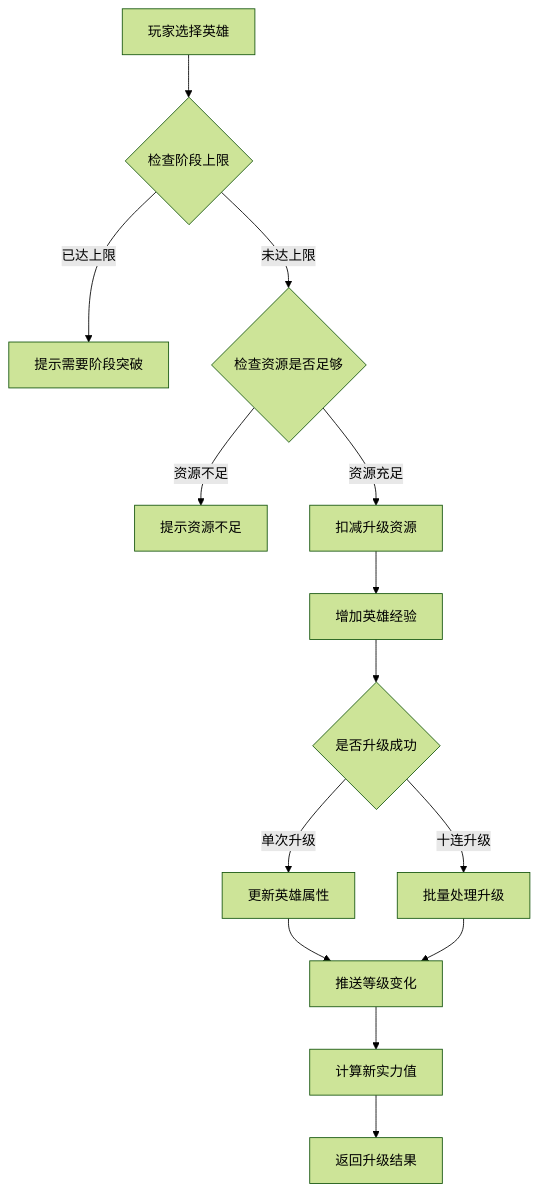
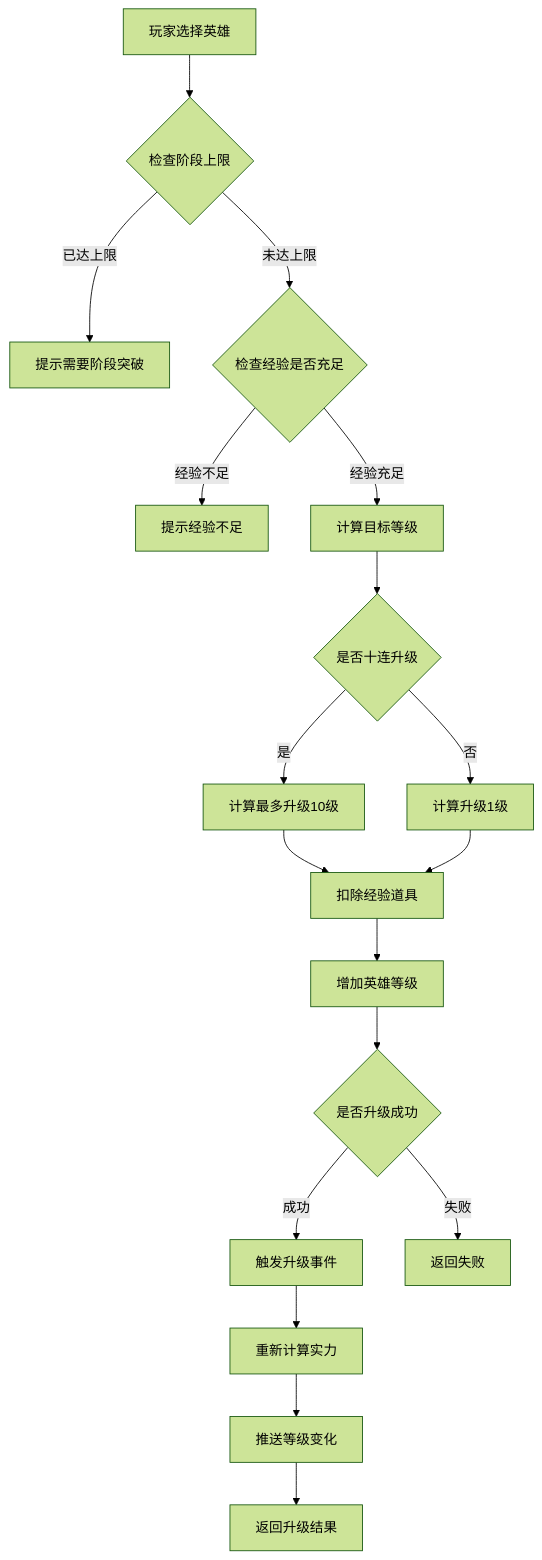
One commit to Alan-Ben/k2c_game_framework changed the second of 7 diagrams in docs/Module_Hero/05_完整说明.md. Above: the diagram before and after it, drawn with Mermaid (forest theme). The commit also changed other lines of this file and 75 other files, not shown here.

````diff
--- a/docs/Module_Hero/05_完整说明.md
+++ b/docs/Module_Hero/05_完整说明.md
@@ -84,16 +155,20 @@
 ```mermaid
 flowchart TD
     A[玩家选择英雄] --> B{检查阶段上限}
     B -->|已达上限| C[提示需要阶段突破]
-    B -->|未达上限| D{检查资源是否足够}
-    D -->|资源不足| E[提示资源不足]
-    D -->|资源充足| F[扣减升级资源]
-    F --> G[增加英雄经验]
-    G --> H{是否升级成功}
-    H -->|单次升级| I[更新英雄属性]
-    H -->|十连升级| J[批量处理升级]
-    I --> K[推送等级变化]
-    J --> K
-    K --> L[计算新实力值]
-    L --> M[返回升级结果]
+    B -->|未达上限| D{检查经验是否充足}
+    D -->|经验不足| E[提示经验不足]
+    D -->|经验充足| F[计算目标等级]
+    F --> G{是否十连升级}
+    G -->|是| H[计算最多升级10级]
+    G -->|否| I[计算升级1级]
+    H --> J[扣除经验道具]
+    I --> J
+    J --> K[增加英雄等级]
+    K --> L{是否升级成功}
+    L -->|成功| M[触发升级事件]
+    L -->|失败| N[返回失败]
+    M --> O[重新计算实力]
+    O --> P[推送等级变化]
+    P --> Q[返回升级结果]
 ```
````
